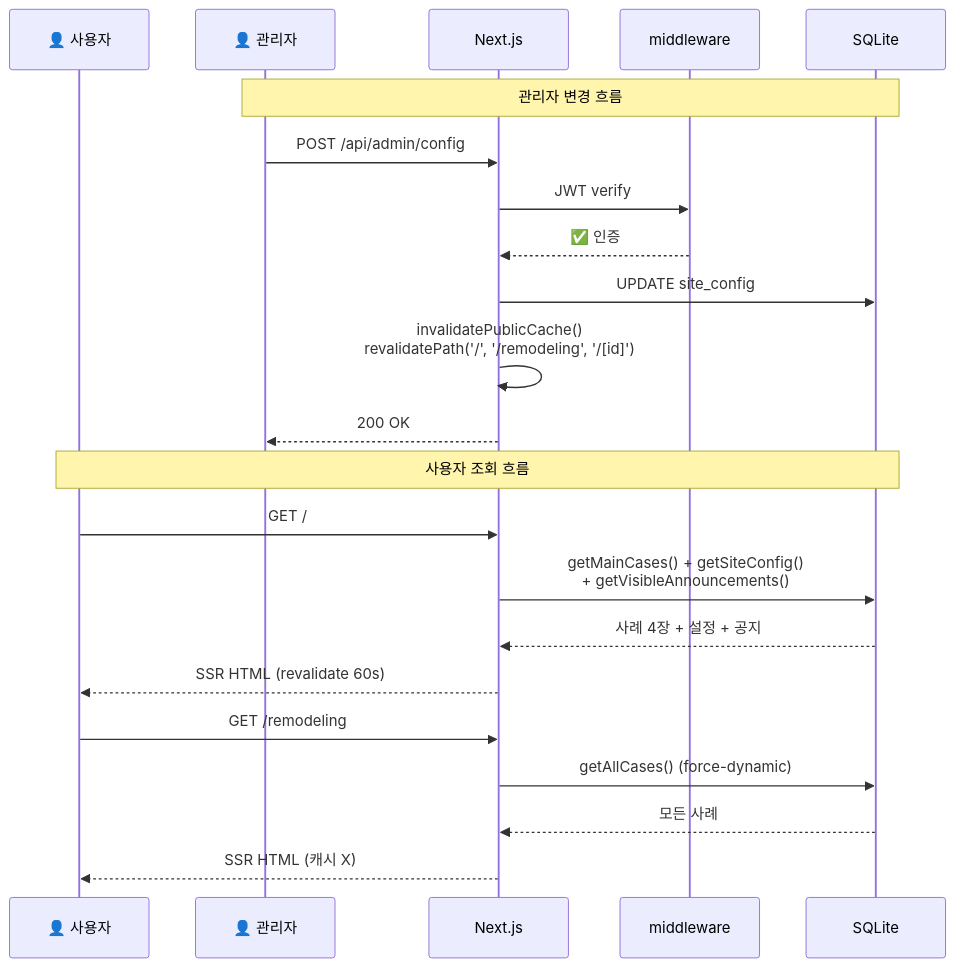
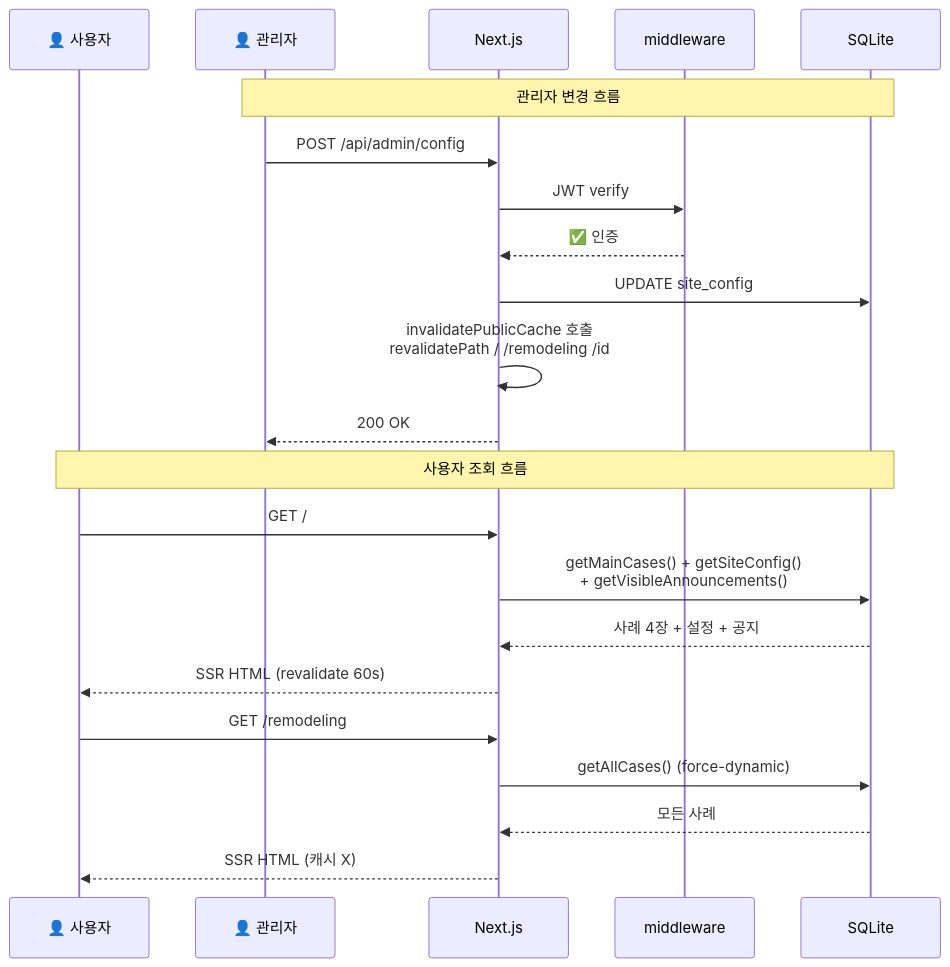
One commit to doublesilver/upstay-website changed the fourth of 11 diagrams in README.md. Above: the diagram before and after it, drawn with Mermaid. The commit also changed other lines of this file, not shown here.

First line of the commit message:
fix(docs): Mermaid 파싱 에러 — 노드 라벨 따옴표 처리

````diff
--- a/README.md
+++ b/README.md
@@ -178,27 +178,27 @@
 ```mermaid
 sequenceDiagram
     participant U as 👤 사용자
     participant A as 👤 관리자
     participant N as Next.js
     participant M as middleware
     participant DB as SQLite
 
     Note over A,DB: 관리자 변경 흐름
     A->>N: POST /api/admin/config
     N->>M: JWT verify
     M-->>N: ✅ 인증
     N->>DB: UPDATE site_config
-    N->>N: invalidatePublicCache()<br/>revalidatePath('/', '/remodeling', '/[id]')
+    N->>N: invalidatePublicCache 호출<br/>revalidatePath / /remodeling /id
     N-->>A: 200 OK
 
     Note over U,DB: 사용자 조회 흐름
     U->>N: GET /
     N->>DB: getMainCases() + getSiteConfig()<br/>+ getVisibleAnnouncements()
     DB-->>N: 사례 4장 + 설정 + 공지
     N-->>U: SSR HTML (revalidate 60s)
 
     U->>N: GET /remodeling
     N->>DB: getAllCases() (force-dynamic)
     DB-->>N: 모든 사례
     N-->>U: SSR HTML (캐시 X)
 ```
````
